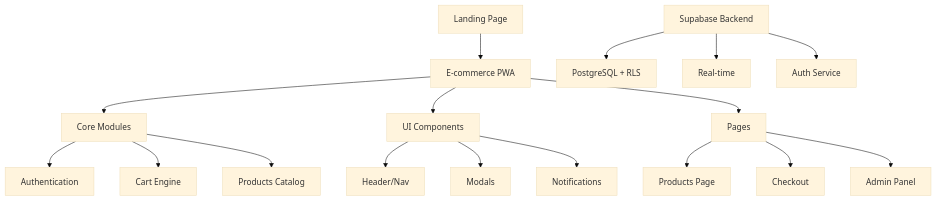
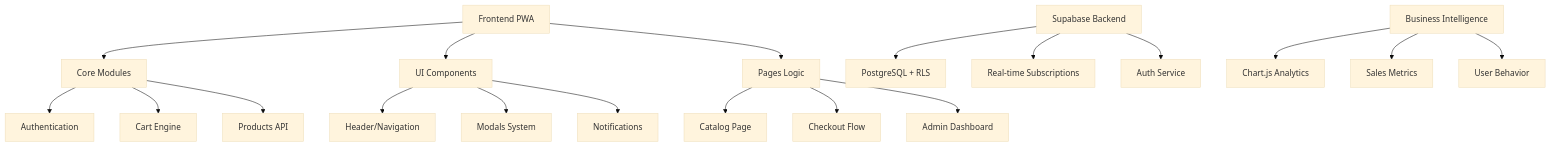
One commit to pipeTawns-x/Landingpages-Carni.pwa changed the diagram in README.md. Above: the diagram before and after it, drawn with Mermaid (base theme). The commit also changed other lines of this file and 32 other files, not shown here.

````diff
--- a/README.md
+++ b/README.md
@@ -38,23 +50,26 @@
 ```mermaid
 graph TB
-    A[Landing Page] --> B[E-commerce PWA]
-    B --> C[Core Modules]
-    B --> D[UI Components]
-    B --> E[Pages]
+    A[Frontend PWA] --> B[Core Modules]
+    A --> C[UI Components]
+    A --> D[Pages Logic]
 
-    C --> C1[Authentication]
-    C --> C2[Cart Engine]
-    C --> C3[Products Catalog]
+    B --> B1[Authentication]
+    B --> B2[Cart Engine]
+    B --> B3[Products API]
 
-    D --> D1[Header/Nav]
-    D --> D2[Modals]
-    D --> D3[Notifications]
+    C --> C1[Header/Navigation]
+    C --> C2[Modals System]
+    C --> C3[Notifications]
 
-    E --> E1[Products Page]
-    E --> E2[Checkout]
-    E --> E3[Admin Panel]
+    D --> D1[Catalog Page]
+    D --> D2[Checkout Flow]
+    D --> D3[Admin Dashboard]
 
-    F[Supabase Backend] --> G[PostgreSQL + RLS]
-    F --> H[Real-time]
-    F --> I[Auth Service]
+    E[Supabase Backend] --> F[PostgreSQL + RLS]
+    E --> G[Real-time Subscriptions]
+    E --> H[Auth Service]
+
+    I[Business Intelligence] --> J[Chart.js Analytics]
+    I --> K[Sales Metrics]
+    I --> L[User Behavior]
 ```
````
